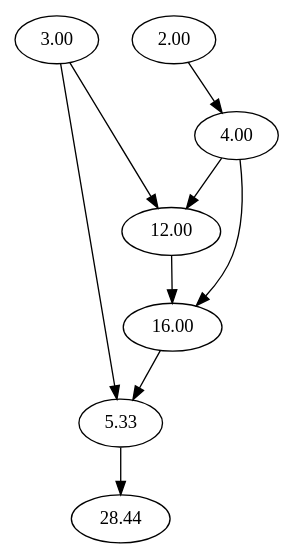
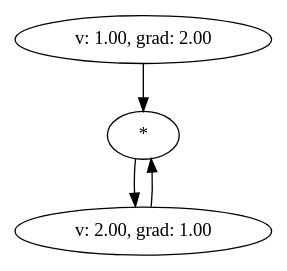
Before and after one commit to LukasGardberg/gograd: the diagram in my-graph.gv, drawn with Graphviz. The commit also changed 2 other files, not shown here.

```diff
--- a/my-graph.gv
+++ b/my-graph.gv
@@ -1,33 +1,15 @@
 strict digraph {
 
-	"28.44" [  weight=0 ];
+	"2.00*" [ label="*",  weight=0 ];
 
-	"3.00" [  weight=0 ];
+	"2.00*" -> "2.00" [  weight=0 ];
 
-	"3.00" -> "12.00" [  weight=0 ];
+	"1.00" [ label="v: 1.00, grad: 2.00",  weight=0 ];
 
-	"3.00" -> "5.33" [  weight=0 ];
+	"1.00" -> "2.00*" [  weight=0 ];
 
-	"2.00" [  weight=0 ];
+	"2.00" [ label="v: 2.00, grad: 1.00",  weight=0 ];
 
-	"2.00" -> "4.00" [  weight=0 ];
-
-	"4.00" [  weight=0 ];
-
-	"4.00" -> "12.00" [  weight=0 ];
-
-	"4.00" -> "16.00" [  weight=0 ];
-
-	"12.00" [  weight=0 ];
-
-	"12.00" -> "16.00" [  weight=0 ];
-
-	"16.00" [  weight=0 ];
-
-	"16.00" -> "5.33" [  weight=0 ];
-
-	"5.33" [  weight=0 ];
-
-	"5.33" -> "28.44" [  weight=0 ];
+	"2.00" -> "2.00*" [  weight=0 ];
 
 }
```
